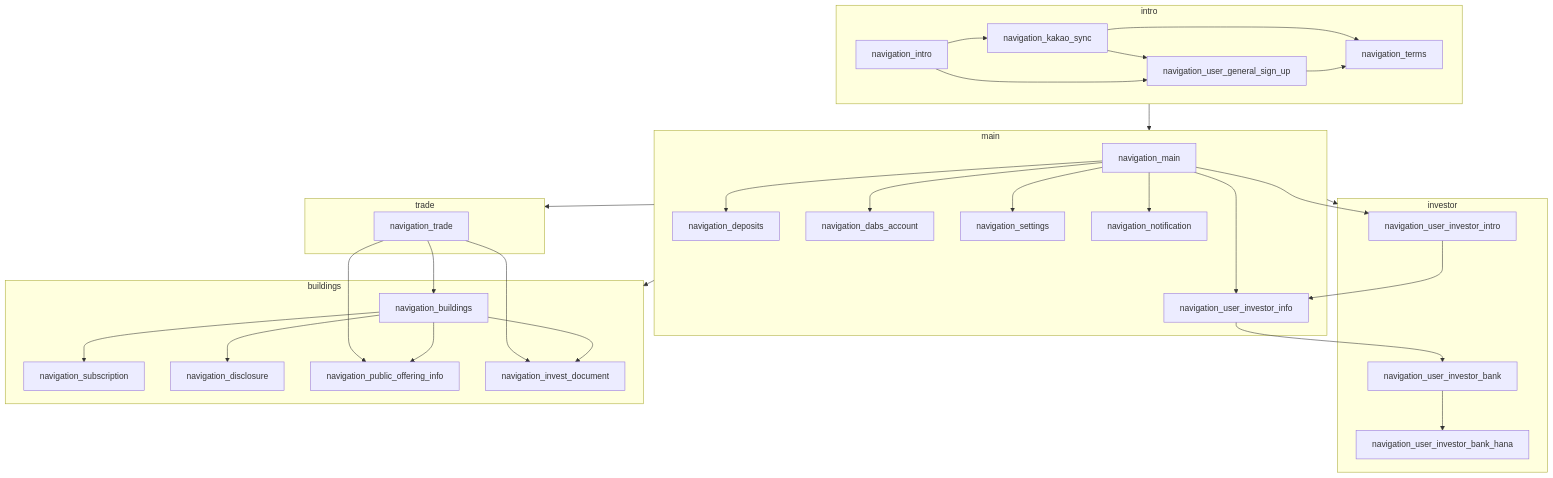
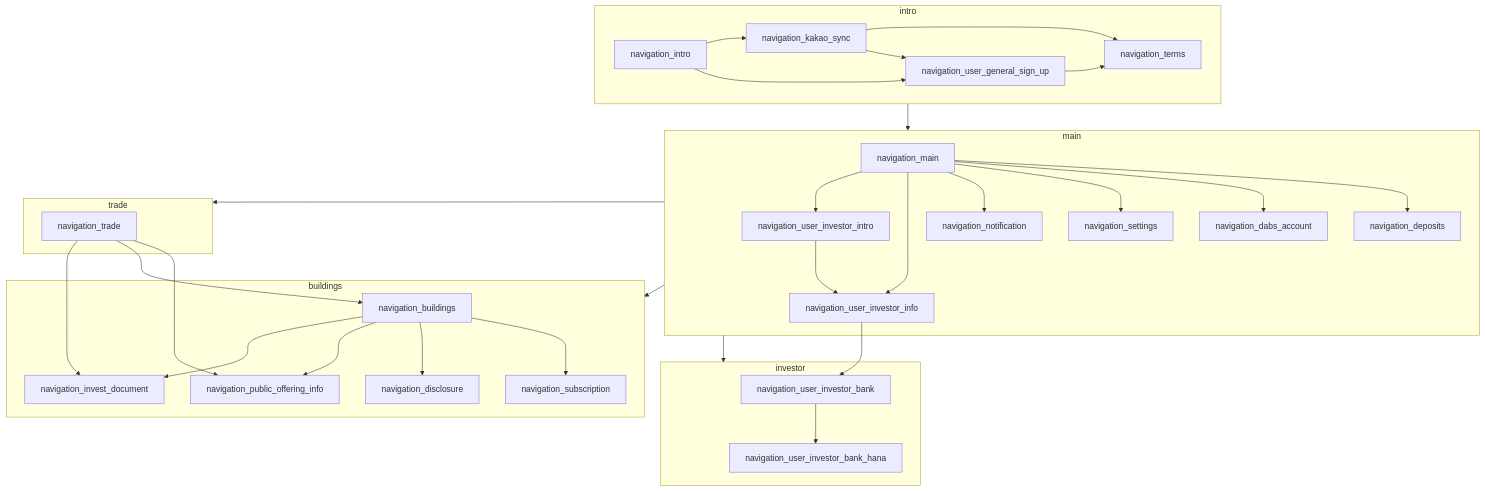
Before and after one commit to code-bross/flow-chart-sample: the diagram in mermaid/navigation.mermaid, drawn with Mermaid. The commit also changed other lines of this file, not shown here.

```diff
--- a/mermaid/navigation.mermaid
+++ b/mermaid/navigation.mermaid
@@ -1,36 +1,36 @@
 flowchart TB
     subgraph intro
         navigation_intro-->navigation_kakao_sync;
         navigation_intro-->navigation_user_general_sign_up;
         navigation_kakao_sync-->navigation_terms;
         navigation_kakao_sync-->navigation_user_general_sign_up;
         navigation_user_general_sign_up-->navigation_terms;
     end
     subgraph main
         navigation_main-->navigation_deposits;
         navigation_main-->navigation_dabs_account;
         navigation_main-->navigation_settings;
         navigation_main-->navigation_notification;
         navigation_main-->navigation_user_investor_info;
+        navigation_main-->navigation_user_investor_intro;
     end
     subgraph investor
-        navigation_main-->navigation_user_investor_intro;
         navigation_user_investor_intro-->navigation_user_investor_info;
         navigation_user_investor_info-->navigation_user_investor_bank;
         navigation_user_investor_bank-->navigation_user_investor_bank_hana;
     end
     subgraph buildings
         navigation_buildings-->navigation_subscription;
         navigation_buildings-->navigation_disclosure;
         navigation_buildings-->navigation_public_offering_info;
         navigation_buildings-->navigation_invest_document;
     end
     subgraph trade
         navigation_trade-->navigation_public_offering_info;
         navigation_trade-->navigation_buildings;
         navigation_trade-->navigation_invest_document;
     end
     intro --> main;
     main --> investor;
     main --> buildings;
     main --> trade;
```
